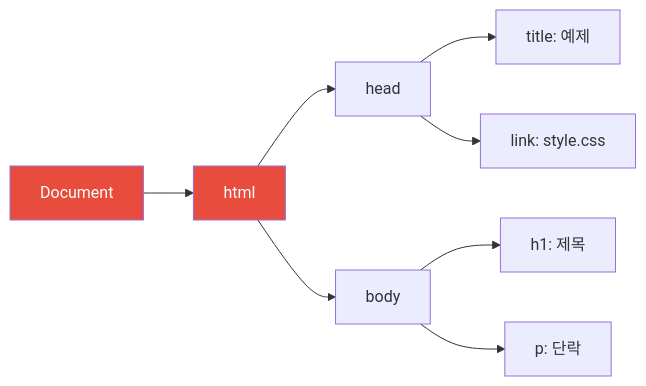
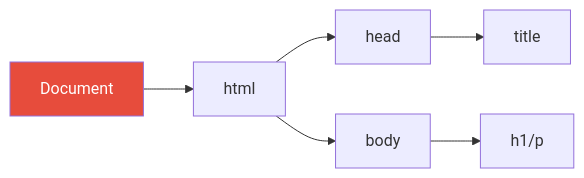
One commit to yjkim2015/yjkim2015.github.io changed the third of 10 diagrams in _posts/frontend/2026-05-02-browser-rendering.md. Above: the diagram before and after it, drawn with Mermaid. The commit also changed other lines of this file and 163 other files, not shown here.

First line of the commit message:
Mermaid 300개 블록 내용 축소: 5노드 5엣지 이하, 의미 있는 약어

````diff
--- a/_posts/frontend/2026-05-02-browser-rendering.md
+++ b/_posts/frontend/2026-05-02-browser-rendering.md
@@ -74,12 +72,9 @@
 ```mermaid
 graph LR
     DOC[Document] --> HTML[html]
     HTML --> HEAD[head]
     HTML --> BODY[body]
-    HEAD --> TITLE["title: 예제"]
-    HEAD --> LINK["link: style.css"]
-    BODY --> H1["h1: 제목"]
-    BODY --> P["p: 단락"]
+    HEAD --> TITLE["title"]
+    BODY --> H1["h1/p"]
     style DOC fill:#e74c3c,color:#fff
-    style HTML fill:#e74c3c,color:#fff
 ```
````
